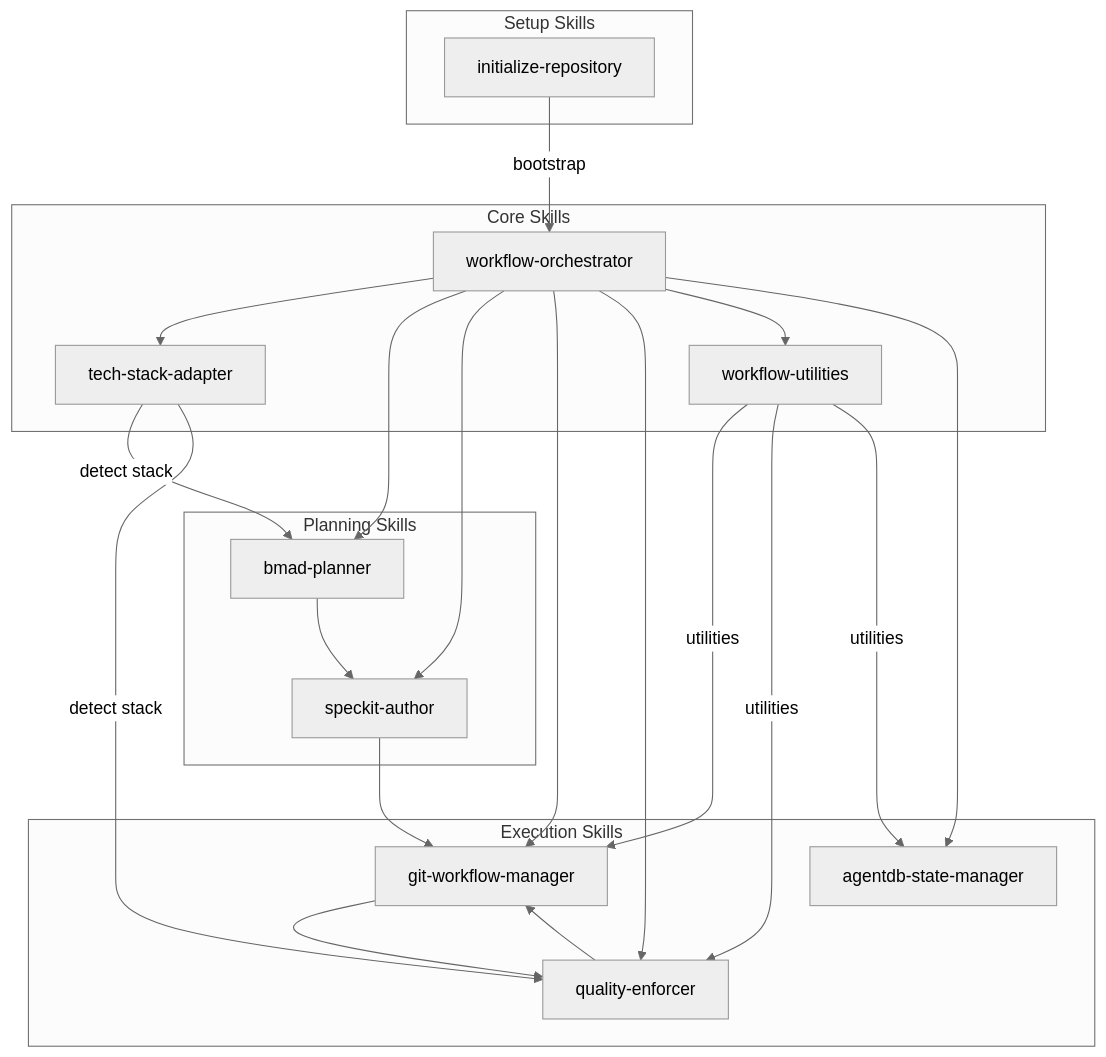
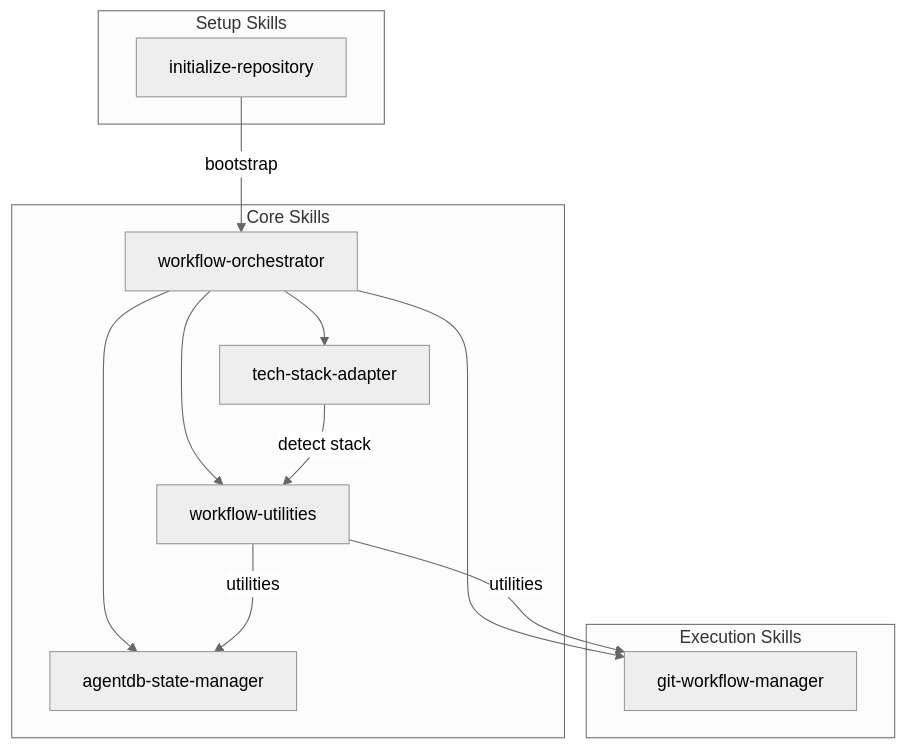
The fourth of 4 diagrams in docs/reference/workflow-diagram.md (stharrold/stharrold-templates), drawn with Mermaid (neutral theme) before and after one commit. The commit also changed other lines of this file and 11 other files, not shown here.

````diff
--- a/docs/reference/workflow-diagram.md
+++ b/docs/reference/workflow-diagram.md
@@ -77,45 +72,28 @@
 ```mermaid
 flowchart TD
     subgraph Core["Core Skills"]
         WO[workflow-orchestrator]
         TSA[tech-stack-adapter]
         WU[workflow-utilities]
-    end
-
-    subgraph Planning["Planning Skills"]
-        BP[bmad-planner]
-        SA[speckit-author]
+        ADB[agentdb-state-manager]
     end
 
     subgraph Execution["Execution Skills"]
         GWM[git-workflow-manager]
-        QE[quality-enforcer]
-        ADB[agentdb-state-manager]
     end
 
     subgraph Setup["Setup Skills"]
         IR[initialize-repository]
     end
 
     WO --> TSA
-    WO --> BP
-    WO --> SA
     WO --> GWM
-    WO --> QE
     WO --> WU
     WO --> ADB
 
-    BP --> SA
-    SA --> GWM
-    GWM --> QE
-    QE --> GWM
-
-    TSA --> |"detect stack"| BP
-    TSA --> |"detect stack"| QE
-
+    TSA --> |"detect stack"| WU
     WU --> |"utilities"| GWM
-    WU --> |"utilities"| QE
     WU --> |"utilities"| ADB
 
     IR --> |"bootstrap"| WO
 ```
````
